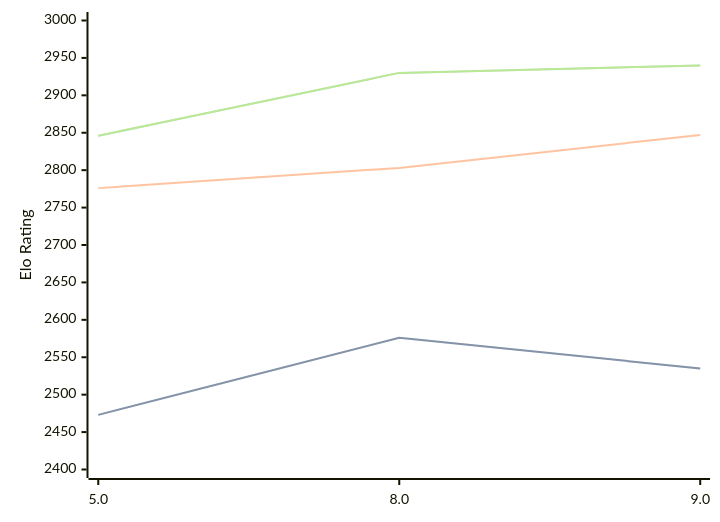
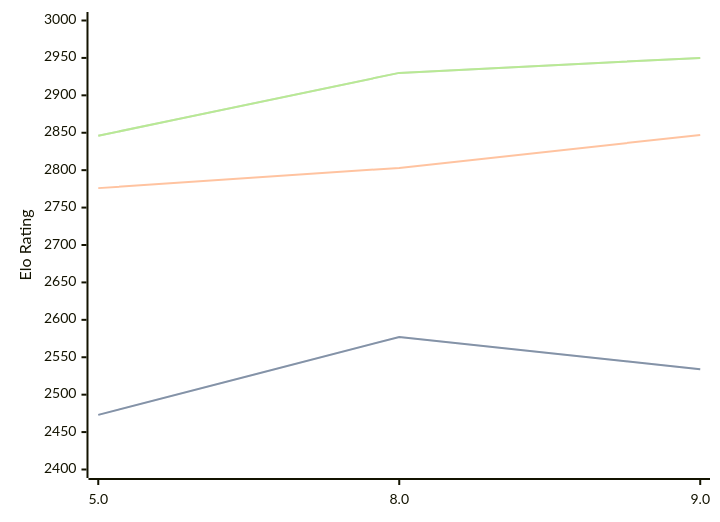
The first of 3 diagrams in engines/4kc.md (computer-chess-index/cci), drawn with Mermaid before and after one commit. The commit also changed other lines of this file, not shown here.

Commit message:
Update CCI Ratings (ELO VLTC) - 2026-06-20

````diff
--- a/engines/4kc.md
+++ b/engines/4kc.md
@@ -42,11 +42,11 @@
 ```mermaid
 %%{init: {"theme":"base","themeVariables":{"seriesColors:['#a3a3a3','#222221','#faa371']}}}%%
 xychart-beta
   x-axis ["5.0", "8.0", "9.0"]
   y-axis "Elo Rating" 2400 --> 3000
-  line "STC (8.0+0.08s)" [2473, 2576, 2535]
-  line "STC (8.0+0.08s)" [2473, 2576, 2535]
+  line "STC (8.0+0.08s)" [2473, 2577, 2534]
+  line "STC (8.0+0.08s)" [2473, 2577, 2534]
   line "LTC (60.0+0.60s)" [2776, 2803, 2847]
-  line "VLTC (2m24s+1.12s)" [2846, 2930, 2940]
-  line "VLTC (2m24s+1.12s)" [2846, 2930, 2940]
+  line "VLTC (2m24s+1.12s)" [2846, 2930, 2950]
+  line "VLTC (2m24s+1.12s)" [2846, 2930, 2950]
 ```
````
